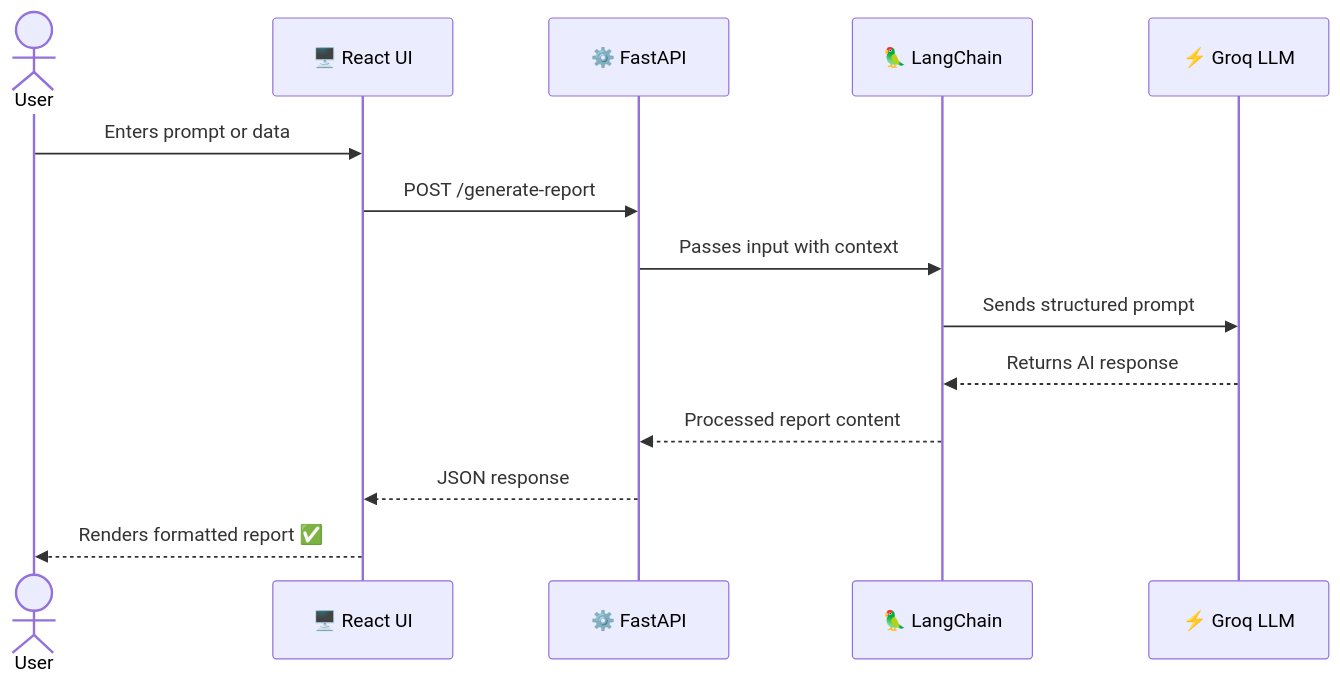
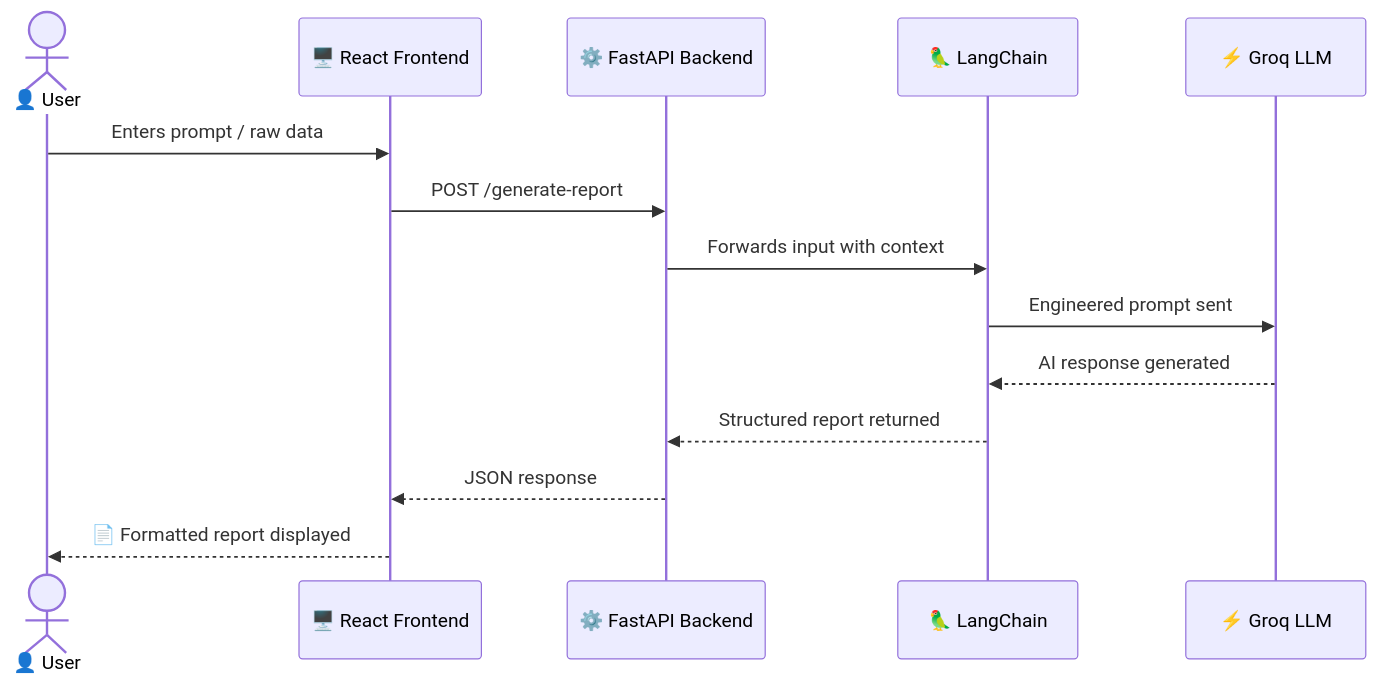
The first of 2 diagrams in README.md (Pragatees/SmartReportAI-main), drawn with Mermaid before and after one commit. The commit also changed other lines of this file, not shown here.

````diff
--- a/README.md
+++ b/README.md
@@ -144,17 +123,17 @@
 ```mermaid
 sequenceDiagram
-    actor User
-    participant UI as 🖥️ React UI
-    participant API as ⚙️ FastAPI
-    participant LC as 🦜 LangChain
-    participant GROQ as ⚡ Groq LLM
+    actor User as 👤 User
+    participant UI  as 🖥️ React Frontend
+    participant API as ⚙️ FastAPI Backend
+    participant LC  as 🦜 LangChain
+    participant GQ  as ⚡ Groq LLM
 
-    User->>UI: Enters prompt or data
+    User->>UI: Enters prompt / raw data
     UI->>API: POST /generate-report
-    API->>LC: Passes input with context
-    LC->>GROQ: Sends structured prompt
-    GROQ-->>LC: Returns AI response
-    LC-->>API: Processed report content
+    API->>LC: Forwards input with context
+    LC->>GQ: Engineered prompt sent
+    GQ-->>LC: AI response generated
+    LC-->>API: Structured report returned
     API-->>UI: JSON response
-    UI-->>User: Renders formatted report ✅
+    UI-->>User: 📄 Formatted report displayed
 ```
````
